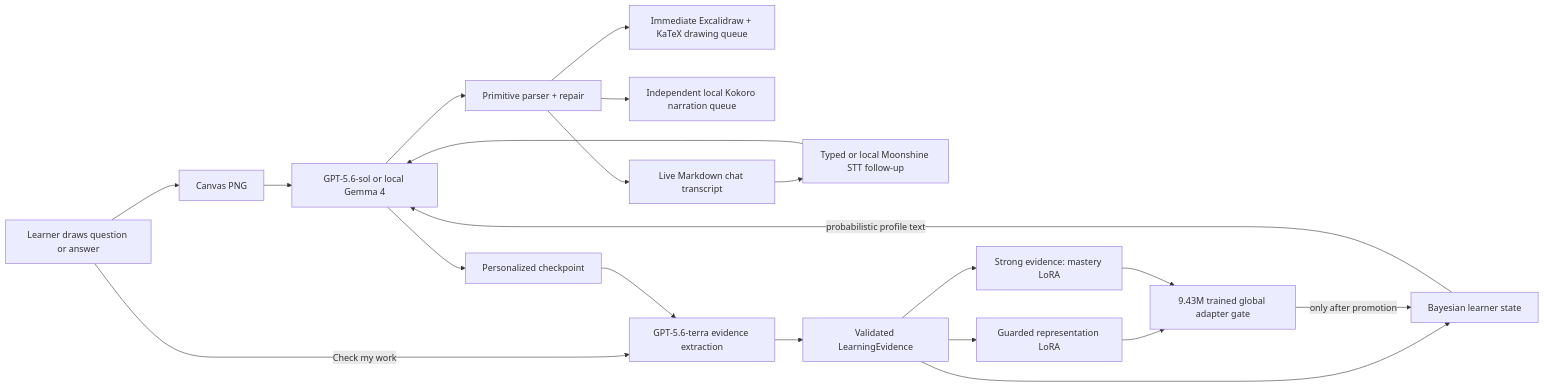
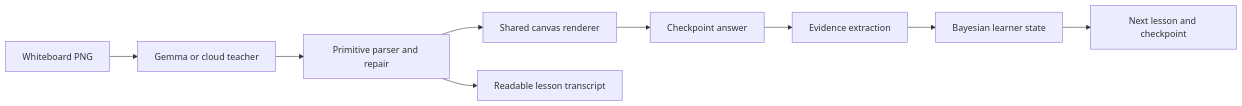
The diagram in README.md (Abhijithreddydasari/Y), drawn with Mermaid before and after one commit. The commit also changed other lines of this file and 26 other files, not shown here.

````diff
--- a/README.md
+++ b/README.md
@@ -48,22 +60,11 @@
 ```mermaid
 flowchart LR
-    A["Learner draws question or answer"] --> B["Canvas PNG"]
-    B --> C["GPT-5.6-sol or local Gemma 4"]
-    C --> D["Primitive parser + repair"]
-    D --> E["Immediate Excalidraw + KaTeX drawing queue"]
-    D --> F["Independent local Kokoro narration queue"]
-    D --> N["Live Markdown chat transcript"]
-    N --> O["Typed or local Moonshine STT follow-up"]
-    O --> C
-    C --> G["Personalized checkpoint"]
-    A -->|"Check my work"| H["GPT-5.6-terra evidence extraction"]
-    G --> H
-    H --> I["Validated LearningEvidence"]
-    I --> J["Bayesian learner state"]
-    I --> K["Guarded representation LoRA"]
-    I --> L["Strong evidence: mastery LoRA"]
-    K --> M["9.43M trained global adapter gate"]
-    L --> M
-    J -->|"probabilistic profile text"| C
-    M -->|"only after promotion"| J
+    A[Whiteboard PNG] --> B[Gemma or cloud teacher]
+    B --> C[Primitive parser and repair]
+    C --> D[Shared canvas renderer]
+    C --> E[Readable lesson transcript]
+    D --> F[Checkpoint answer]
+    F --> G[Evidence extraction]
+    G --> H[Bayesian learner state]
+    H --> I[Next lesson and checkpoint]
 ```
````
